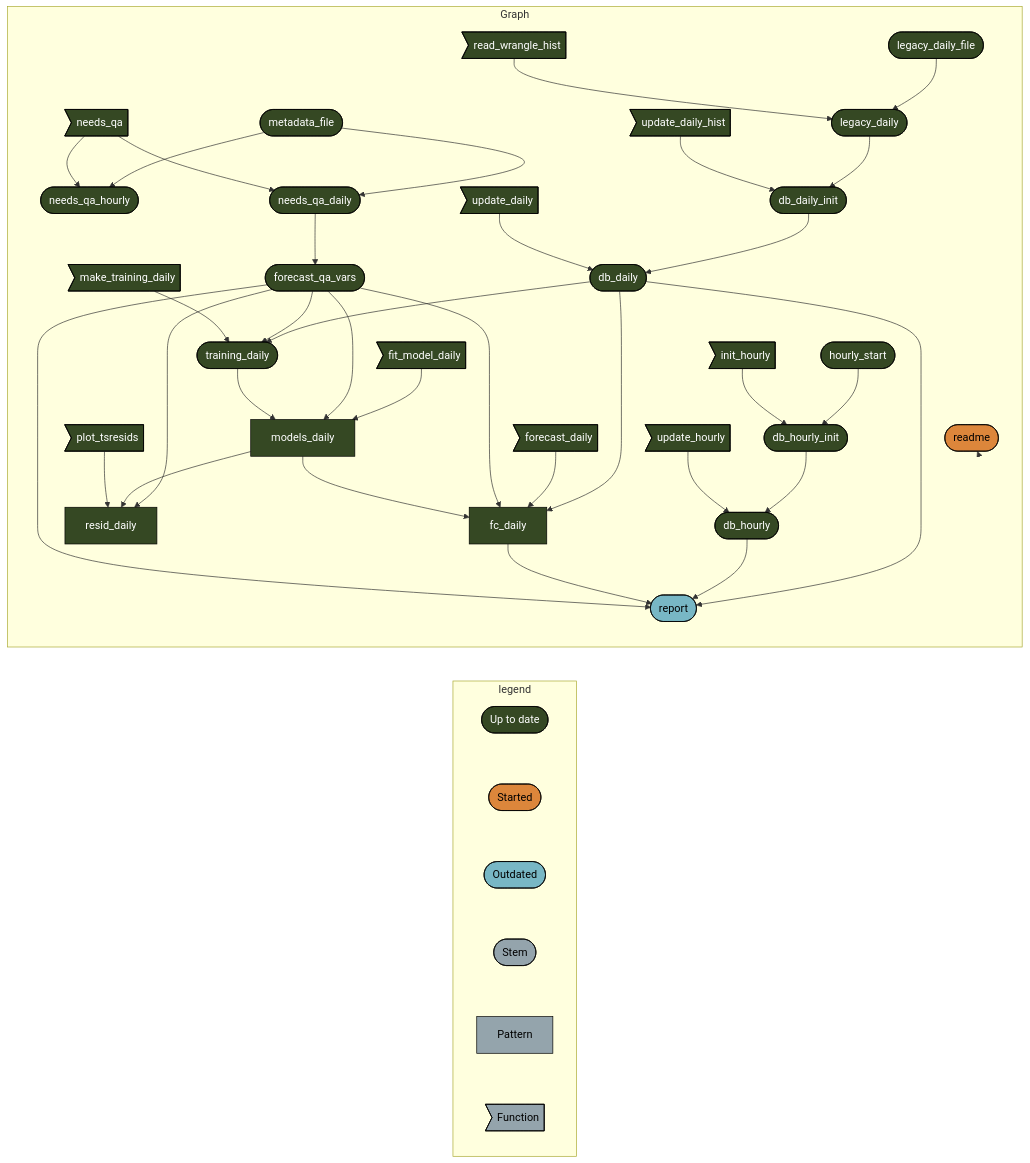
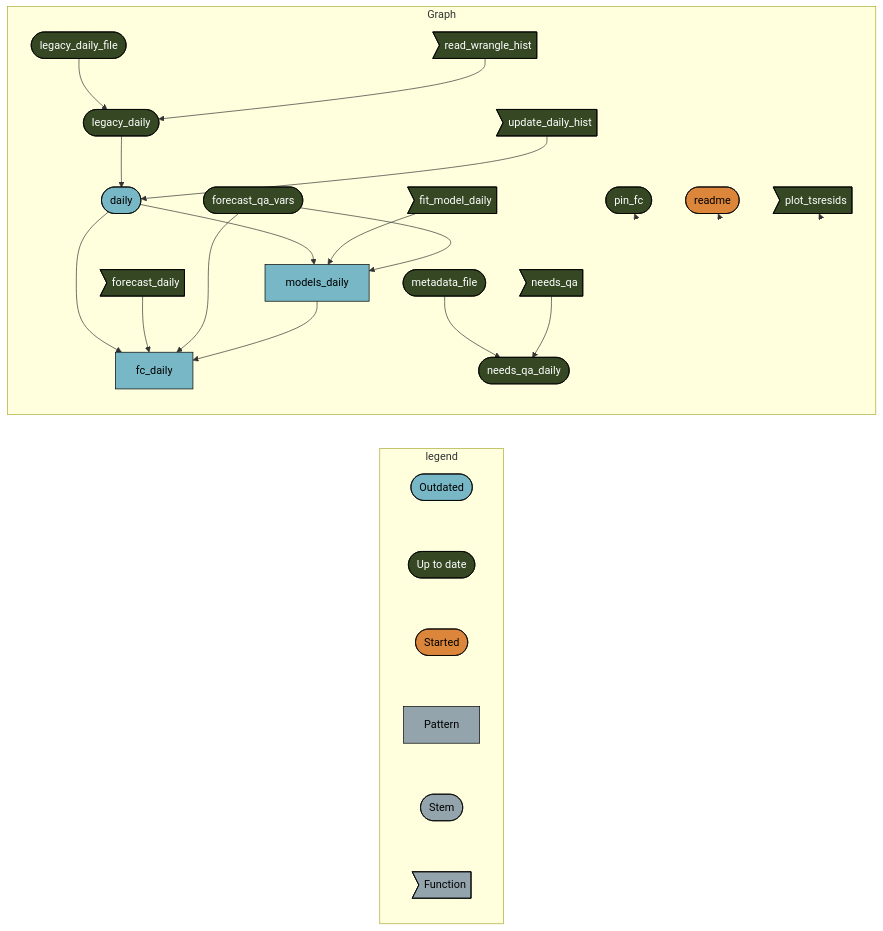
Before and after one commit to uace-azmet/azmet-forecast-qa: the diagram in README.md, drawn with Mermaid. The commit also changed other lines of this file, not shown here.

Commit message:
re-render reamde

````diff
--- a/README.md
+++ b/README.md
@@ -31,55 +37,40 @@
 ``` mermaid
 graph LR
   subgraph legend
+    x0a52b03877696646([""Outdated""]):::outdated --- x7420bd9270f8d27d([""Up to date""]):::uptodate
     x7420bd9270f8d27d([""Up to date""]):::uptodate --- x5b3426b4c7fa7dbc([""Started""]):::started
-    x5b3426b4c7fa7dbc([""Started""]):::started --- x0a52b03877696646([""Outdated""]):::outdated
-    x0a52b03877696646([""Outdated""]):::outdated --- xbf4603d6c2c2ad6b([""Stem""]):::none
-    xbf4603d6c2c2ad6b([""Stem""]):::none --- x70a5fa6bea6f298d[""Pattern""]:::none
-    x70a5fa6bea6f298d[""Pattern""]:::none --- xf0bce276fe2b9d3e>""Function""]:::none
+    x5b3426b4c7fa7dbc([""Started""]):::started --- x70a5fa6bea6f298d[""Pattern""]:::none
+    x70a5fa6bea6f298d[""Pattern""]:::none --- xbf4603d6c2c2ad6b([""Stem""]):::none
+    xbf4603d6c2c2ad6b([""Stem""]):::none --- xf0bce276fe2b9d3e>""Function""]:::none
   end
   subgraph Graph
-    x3d7b2a2ab5636113(["metadata_file"]):::uptodate --> xac2ac35653724b54(["needs_qa_hourly"]):::uptodate
-    x06ab7116eed66f15>"needs_qa"]:::uptodate --> xac2ac35653724b54(["needs_qa_hourly"]):::uptodate
-    xba07353683c5dbf8(["db_hourly_init"]):::uptodate --> xf4a7af7aeef4f182(["db_hourly"]):::uptodate
-    x967af66f8b51e317>"update_hourly"]:::uptodate --> xf4a7af7aeef4f182(["db_hourly"]):::uptodate
-    xff9b736edef41c8b(["legacy_daily"]):::uptodate --> x1cab041545db0886(["db_daily_init"]):::uptodate
-    x8b3096a190996662>"update_daily_hist"]:::uptodate --> x1cab041545db0886(["db_daily_init"]):::uptodate
-    xd1a6dd314cda4831(["hourly_start"]):::uptodate --> xba07353683c5dbf8(["db_hourly_init"]):::uptodate
-    x7a5743c959c496f9>"init_hourly"]:::uptodate --> xba07353683c5dbf8(["db_hourly_init"]):::uptodate
-    x1cab041545db0886(["db_daily_init"]):::uptodate --> x44bd6feeb3fb18b4(["db_daily"]):::uptodate
-    xed180ed90a78526a>"update_daily"]:::uptodate --> x44bd6feeb3fb18b4(["db_daily"]):::uptodate
-    x44bd6feeb3fb18b4(["db_daily"]):::uptodate --> x2c1f6f5234e92642(["training_daily"]):::uptodate
-    x601d3b0e7d261371(["forecast_qa_vars"]):::uptodate --> x2c1f6f5234e92642(["training_daily"]):::uptodate
-    xe87583f9b9d152fa>"make_training_daily"]:::uptodate --> x2c1f6f5234e92642(["training_daily"]):::uptodate
-    x601d3b0e7d261371(["forecast_qa_vars"]):::uptodate --> x0bb4ecca77d3d4a0["resid_daily"]:::uptodate
-    x4d3c4dcfeadc796d["models_daily"]:::uptodate --> x0bb4ecca77d3d4a0["resid_daily"]:::uptodate
-    x10e889bcd8b0fd60>"plot_tsresids"]:::uptodate --> x0bb4ecca77d3d4a0["resid_daily"]:::uptodate
+    xff9b736edef41c8b(["legacy_daily"]):::uptodate --> x6233d5fdb54d5242(["daily"]):::outdated
+    x8b3096a190996662>"update_daily_hist"]:::uptodate --> x6233d5fdb54d5242(["daily"]):::outdated
+    x6233d5fdb54d5242(["daily"]):::outdated --> xdd96ec4b0bb5ab6b["fc_daily"]:::outdated
+    x4bc7352f98499683>"forecast_daily"]:::uptodate --> xdd96ec4b0bb5ab6b["fc_daily"]:::outdated
+    x601d3b0e7d261371(["forecast_qa_vars"]):::uptodate --> xdd96ec4b0bb5ab6b["fc_daily"]:::outdated
+    x4d3c4dcfeadc796d["models_daily"]:::outdated --> xdd96ec4b0bb5ab6b["fc_daily"]:::outdated
+    x6233d5fdb54d5242(["daily"]):::outdated --> x4d3c4dcfeadc796d["models_daily"]:::outdated
+    x1f5572089e80d919>"fit_model_daily"]:::uptodate --> x4d3c4dcfeadc796d["models_daily"]:::outdated
+    x601d3b0e7d261371(["forecast_qa_vars"]):::uptodate --> x4d3c4dcfeadc796d["models_daily"]:::outdated
     x1920bdb737e11d2e(["legacy_daily_file"]):::uptodate --> xff9b736edef41c8b(["legacy_daily"]):::uptodate
     x842666df821db265>"read_wrangle_hist"]:::uptodate --> xff9b736edef41c8b(["legacy_daily"]):::uptodate
-    x1f5572089e80d919>"fit_model_daily"]:::uptodate --> x4d3c4dcfeadc796d["models_daily"]:::uptodate
-    x601d3b0e7d261371(["forecast_qa_vars"]):::uptodate --> x4d3c4dcfeadc796d["models_daily"]:::uptodate
-    x2c1f6f5234e92642(["training_daily"]):::uptodate --> x4d3c4dcfeadc796d["models_daily"]:::uptodate
-    x44bd6feeb3fb18b4(["db_daily"]):::uptodate --> xdd96ec4b0bb5ab6b["fc_daily"]:::uptodate
-    x4bc7352f98499683>"forecast_daily"]:::uptodate --> xdd96ec4b0bb5ab6b["fc_daily"]:::uptodate
-    x601d3b0e7d261371(["forecast_qa_vars"]):::uptodate --> xdd96ec4b0bb5ab6b["fc_daily"]:::uptodate
-    x4d3c4dcfeadc796d["models_daily"]:::uptodate --> xdd96ec4b0bb5ab6b["fc_daily"]:::uptodate
     x3d7b2a2ab5636113(["metadata_file"]):::uptodate --> xdfae9ea4e5207cef(["needs_qa_daily"]):::uptodate
     x06ab7116eed66f15>"needs_qa"]:::uptodate --> xdfae9ea4e5207cef(["needs_qa_daily"]):::uptodate
-    xdfae9ea4e5207cef(["needs_qa_daily"]):::uptodate --> x601d3b0e7d261371(["forecast_qa_vars"]):::uptodate
-    x44bd6feeb3fb18b4(["db_daily"]):::uptodate --> xe0fba61fbc506510(["report"]):::outdated
-    xf4a7af7aeef4f182(["db_hourly"]):::uptodate --> xe0fba61fbc506510(["report"]):::outdated
-    xdd96ec4b0bb5ab6b["fc_daily"]:::uptodate --> xe0fba61fbc506510(["report"]):::outdated
-    x601d3b0e7d261371(["forecast_qa_vars"]):::uptodate --> xe0fba61fbc506510(["report"]):::outdated
+    x8f5c47b9b7da7e75(["pin_fc"]):::uptodate --> x8f5c47b9b7da7e75(["pin_fc"]):::uptodate
     x6e52cb0f1668cc22(["readme"]):::started --> x6e52cb0f1668cc22(["readme"]):::started
+    x10e889bcd8b0fd60>"plot_tsresids"]:::uptodate --> x10e889bcd8b0fd60>"plot_tsresids"]:::uptodate
   end
+  classDef outdated stroke:#000000,color:#000000,fill:#78B7C5;
   classDef uptodate stroke:#000000,color:#ffffff,fill:#354823;
   classDef started stroke:#000000,color:#000000,fill:#DC863B;
-  classDef outdated stroke:#000000,color:#000000,fill:#78B7C5;
   classDef none stroke:#000000,color:#000000,fill:#94a4ac;
   linkStyle 0 stroke-width:0px;
   linkStyle 1 stroke-width:0px;
   linkStyle 2 stroke-width:0px;
   linkStyle 3 stroke-width:0px;
   linkStyle 4 stroke-width:0px;
-  linkStyle 37 stroke-width:0px;
+  linkStyle 18 stroke-width:0px;
+  linkStyle 19 stroke-width:0px;
+  linkStyle 20 stroke-width:0px;
 ```
````
